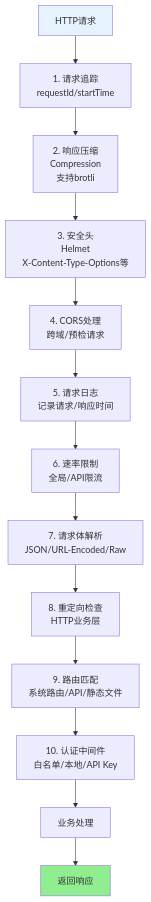
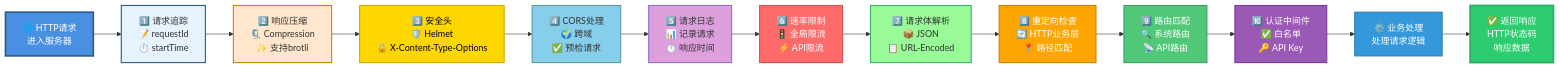
The seventh of 13 diagrams in docs/server.md (sunflowermm/XRK-AGT), drawn with Mermaid before and after one commit. The commit also changed other lines of this file and 9 other files, not shown here.

````diff
--- a/docs/server.md
+++ b/docs/server.md
@@ -379,18 +429,29 @@
 ```mermaid
-flowchart TD
-    Request["HTTP请求"] --> Track["1. 请求追踪<br/>requestId/startTime"]
-    Track --> Compress["2. 响应压缩<br/>Compression<br/>支持brotli"]
-    Compress --> Helmet["3. 安全头<br/>Helmet<br/>X-Content-Type-Options等"]
-    Helmet --> CORS["4. CORS处理<br/>跨域/预检请求"]
-    CORS --> Logging["5. 请求日志<br/>记录请求/响应时间"]
-    Logging --> RateLimit["6. 速率限制<br/>全局/API限流"]
-    RateLimit --> BodyParser["7. 请求体解析<br/>JSON/URL-Encoded/Raw"]
-    BodyParser --> Redirect["8. 重定向检查<br/>HTTP业务层"]
-    Redirect --> Routes["9. 路由匹配<br/>系统路由/API/静态文件"]
-    Routes --> Auth["10. 认证中间件<br/>白名单/本地/API Key"]
-    Auth --> Handler["业务处理"]
-    Handler --> Response["返回响应"]
+flowchart LR
+    Request["🌐 HTTP请求<br/>进入服务器"] --> Track["1️⃣ 请求追踪<br/>📝 requestId<br/>⏱️ startTime"]
+    Track --> Compress["2️⃣ 响应压缩<br/>🗜️ Compression<br/>✨ 支持brotli"]
+    Compress --> Helmet["3️⃣ 安全头<br/>🛡️ Helmet<br/>🔒 X-Content-Type-Options"]
+    Helmet --> CORS["4️⃣ CORS处理<br/>🌍 跨域<br/>✅ 预检请求"]
+    CORS --> Logging["5️⃣ 请求日志<br/>📊 记录请求<br/>⏱️ 响应时间"]
+    Logging --> RateLimit["6️⃣ 速率限制<br/>🚦 全局限流<br/>⚡ API限流"]
+    RateLimit --> BodyParser["7️⃣ 请求体解析<br/>📦 JSON<br/>📋 URL-Encoded"]
+    BodyParser --> Redirect["8️⃣ 重定向检查<br/>🔄 HTTP业务层<br/>📍 路径匹配"]
+    Redirect --> Routes["9️⃣ 路由匹配<br/>🔍 系统路由<br/>📡 API路由"]
+    Routes --> Auth["🔟 认证中间件<br/>✅ 白名单<br/>🔑 API Key"]
+    Auth --> Handler["⚙️ 业务处理<br/>处理请求逻辑"]
+    Handler --> Response["✅ 返回响应<br/>HTTP状态码<br/>响应数据"]
     
-    style Request fill:#E6F3FF
-    style Response fill:#90EE90
+    style Request fill:#4A90E2,stroke:#2E5C8A,stroke-width:3px,color:#fff
+    style Track fill:#E6F3FF,stroke:#2E5C8A,stroke-width:2px
+    style Compress fill:#FFE6CC,stroke:#CC8400,stroke-width:2px
+    style Helmet fill:#FFD700,stroke:#CCAA00,stroke-width:2px,color:#000
+    style CORS fill:#87CEEB,stroke:#5F9EA0,stroke-width:2px
+    style Logging fill:#DDA0DD,stroke:#9370DB,stroke-width:2px
+    style RateLimit fill:#FF6B6B,stroke:#CC5555,stroke-width:2px,color:#fff
+    style BodyParser fill:#98FB98,stroke:#3CB371,stroke-width:2px
+    style Redirect fill:#FFA500,stroke:#CC8400,stroke-width:2px,color:#fff
+    style Routes fill:#50C878,stroke:#3FA060,stroke-width:2px,color:#fff
+    style Auth fill:#9B59B6,stroke:#7D3C98,stroke-width:2px,color:#fff
+    style Handler fill:#3498DB,stroke:#2980B9,stroke-width:2px,color:#fff
+    style Response fill:#2ECC71,stroke:#27AE60,stroke-width:3px,color:#fff
 ```
````
